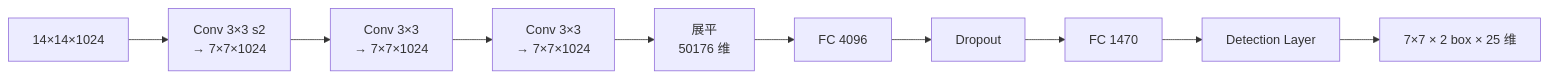
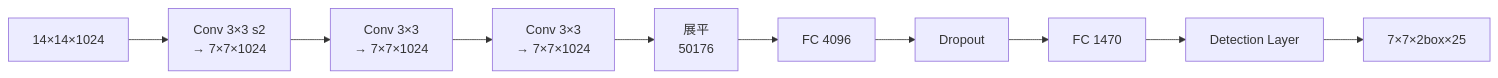
One commit to yejinlei/agent-yolo changed the third of 4 diagrams in docs/versions/v1/architecture.md. Above: the diagram before and after it, drawn with Mermaid. The commit also changed other lines of this file and 3 other files, not shown here.

First line of the commit message:
全站 mermaid 文字截断修复：fontSize 14→12px + padding 12→14 + v1 长节点拆短

````diff
--- a/docs/versions/v1/architecture.md
+++ b/docs/versions/v1/architecture.md
@@ -141,15 +141,15 @@
 ```mermaid
 flowchart LR
     IN["14×14×1024"]
     D["Conv 3×3 s2<br/>→ 7×7×1024"]
     C1["Conv 3×3<br/>→ 7×7×1024"]
     C2["Conv 3×3<br/>→ 7×7×1024"]
-    FLATTEN["展平<br/>50176 维"]
+    FLATTEN["展平<br/>50176"]
     FC1["FC 4096"]
     DROP["Dropout"]
     FC2["FC 1470"]
     DET["Detection Layer"]
-    OUT["7×7 × 2 box × 25 维"]
+    OUT["7×7×2box×25"]
 
     IN --> D --> C1 --> C2 --> FLATTEN --> FC1 --> DROP --> FC2 --> DET --> OUT
 ```
````
